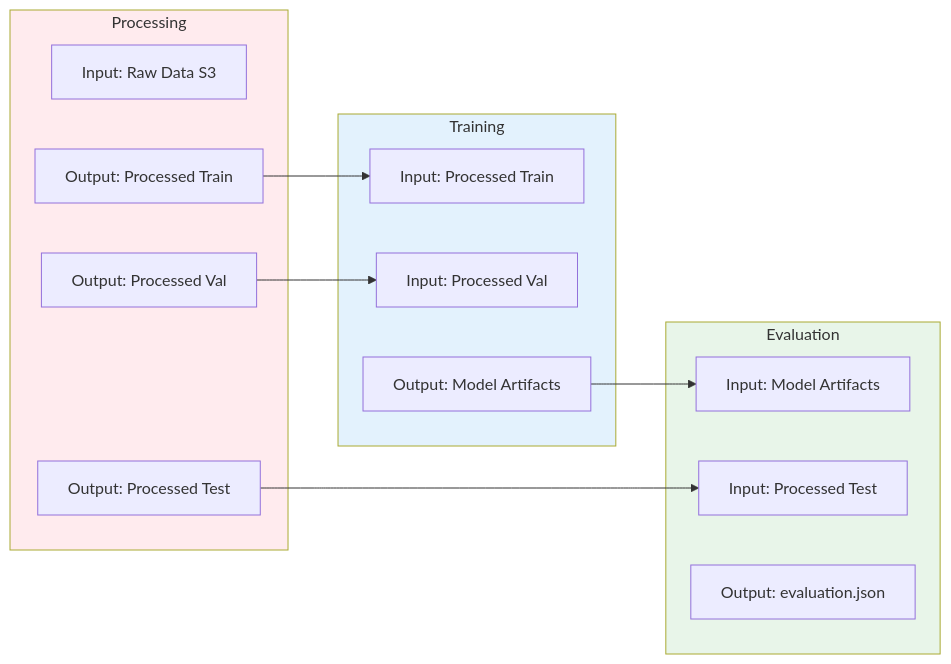
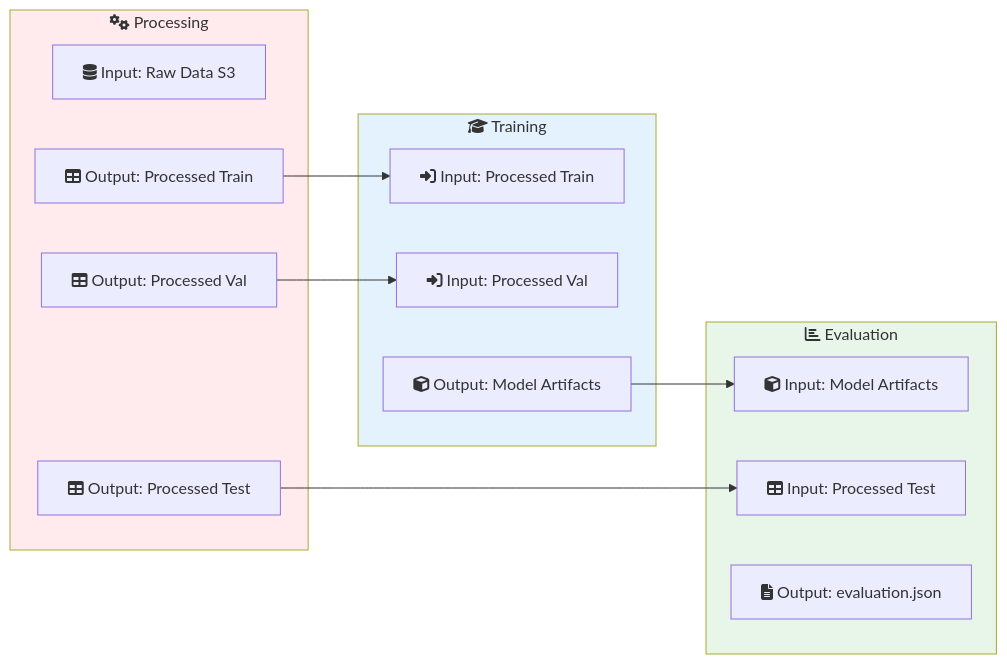
Before and after one commit to vinu76jsr/aws-sample-projects: the second of 3 diagrams in aws-ml-associate-prep/05-sagemaker-pipelines/LAB.md, drawn with Mermaid. The commit also changed other lines of this file and 15 other files, not shown here.

First line of the commit message:
Add Font Awesome icons to all Mermaid diagrams

````diff
--- a/aws-ml-associate-prep/05-sagemaker-pipelines/LAB.md
+++ b/aws-ml-associate-prep/05-sagemaker-pipelines/LAB.md
@@ -58,30 +58,30 @@
 ```mermaid
 flowchart LR
-    subgraph Processing
-        P1[Input: Raw Data S3]
-        P2[Output: Processed Train]
-        P3[Output: Processed Val]
-        P4[Output: Processed Test]
+    subgraph Processing["fa:fa-cogs Processing"]
+        P1[fa:fa-database Input: Raw Data S3]
+        P2[fa:fa-table Output: Processed Train]
+        P3[fa:fa-table Output: Processed Val]
+        P4[fa:fa-table Output: Processed Test]
     end
 
-    subgraph Training
-        T1[Input: Processed Train]
-        T2[Input: Processed Val]
-        T3[Output: Model Artifacts]
+    subgraph Training["fa:fa-graduation-cap Training"]
+        T1[fa:fa-sign-in-alt Input: Processed Train]
+        T2[fa:fa-sign-in-alt Input: Processed Val]
+        T3[fa:fa-cube Output: Model Artifacts]
     end
 
-    subgraph Evaluation
-        E1[Input: Model Artifacts]
-        E2[Input: Processed Test]
-        E3[Output: evaluation.json]
+    subgraph Evaluation["fa:fa-chart-bar Evaluation"]
+        E1[fa:fa-cube Input: Model Artifacts]
+        E2[fa:fa-table Input: Processed Test]
+        E3[fa:fa-file-alt Output: evaluation.json]
     end
 
     P2 --> T1
     P3 --> T2
     T3 --> E1
     P4 --> E2
 
     style Processing fill:#ffebee
     style Training fill:#e3f2fd
     style Evaluation fill:#e8f5e9
 ```
````
